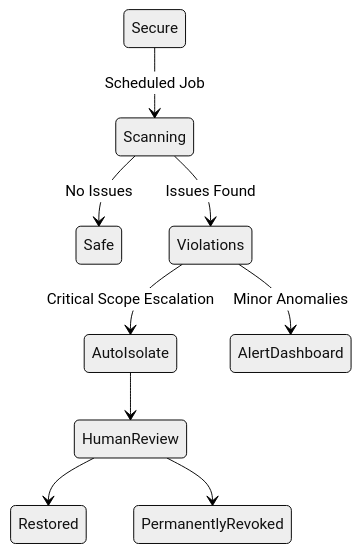
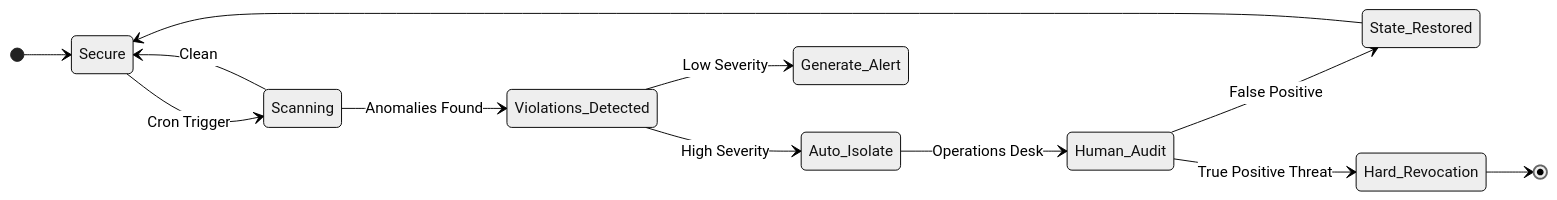
One commit to MrDecryptDecipher/Agent-Trust changed diagram 13 of 30 in README.md. Above: the diagram before and after it, drawn with Mermaid (neutral theme). The commit also changed other lines of this file, not shown here.

Commit message:
Fix rendering format for 30 Mermaid diagrams to strictly use basic edge and block formatting for complete compatiblity

````diff
--- a/README.md
+++ b/README.md
@@ -198,11 +278,17 @@
 ```mermaid
 stateDiagram-v2
-    Secure --> Scanning: Scheduled Job
-    Scanning --> Safe: No Issues
-    Scanning --> Violations: Issues Found
-    Violations --> AutoIsolate: Critical Scope Escalation
-    Violations --> AlertDashboard: Minor Anomalies
-    AutoIsolate --> HumanReview
-    HumanReview --> Restored
-    HumanReview --> PermanentlyRevoked
+    direction LR
+    [*] --> Secure
+    Secure --> Scanning: Cron Trigger
+    Scanning --> Secure: Clean
+    Scanning --> Violations_Detected: Anomalies Found
+    
+    Violations_Detected --> Auto_Isolate: High Severity
+    Violations_Detected --> Generate_Alert: Low Severity
+    
+    Auto_Isolate --> Human_Audit: Operations Desk
+    Human_Audit --> State_Restored: False Positive
+    State_Restored --> Secure
+    Human_Audit --> Hard_Revocation: True Positive Threat
+    Hard_Revocation --> [*]
 ```
````
